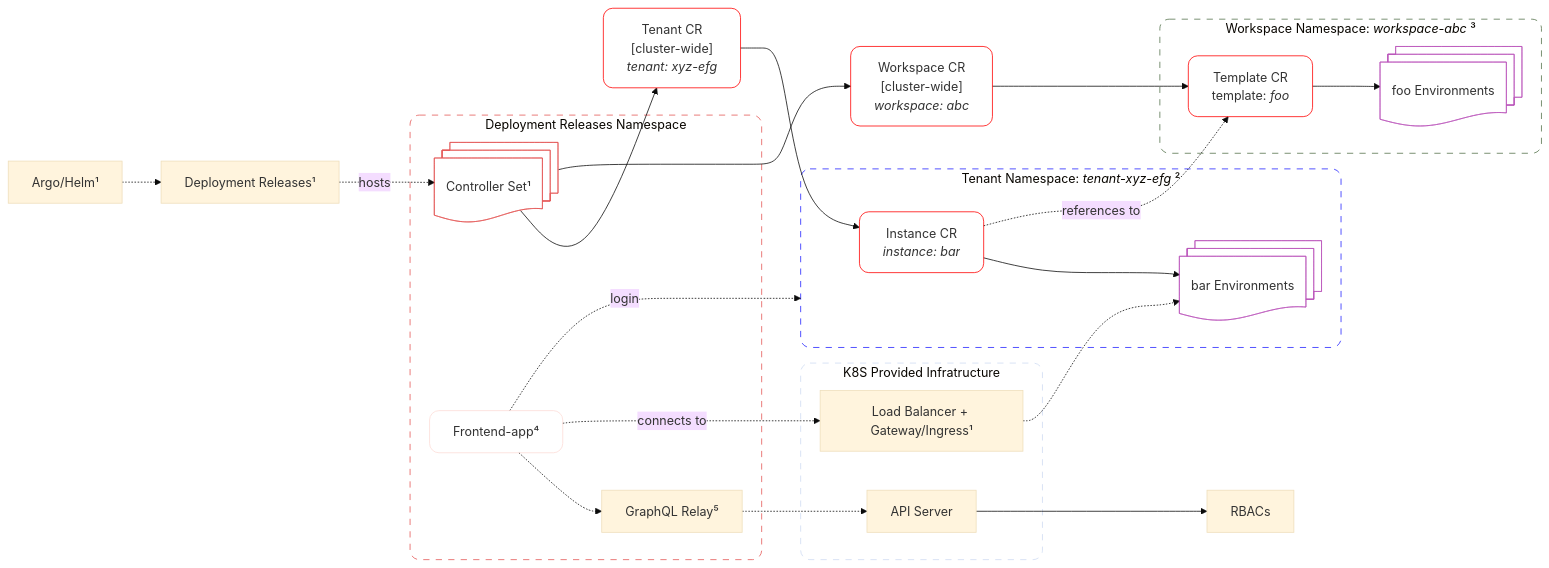
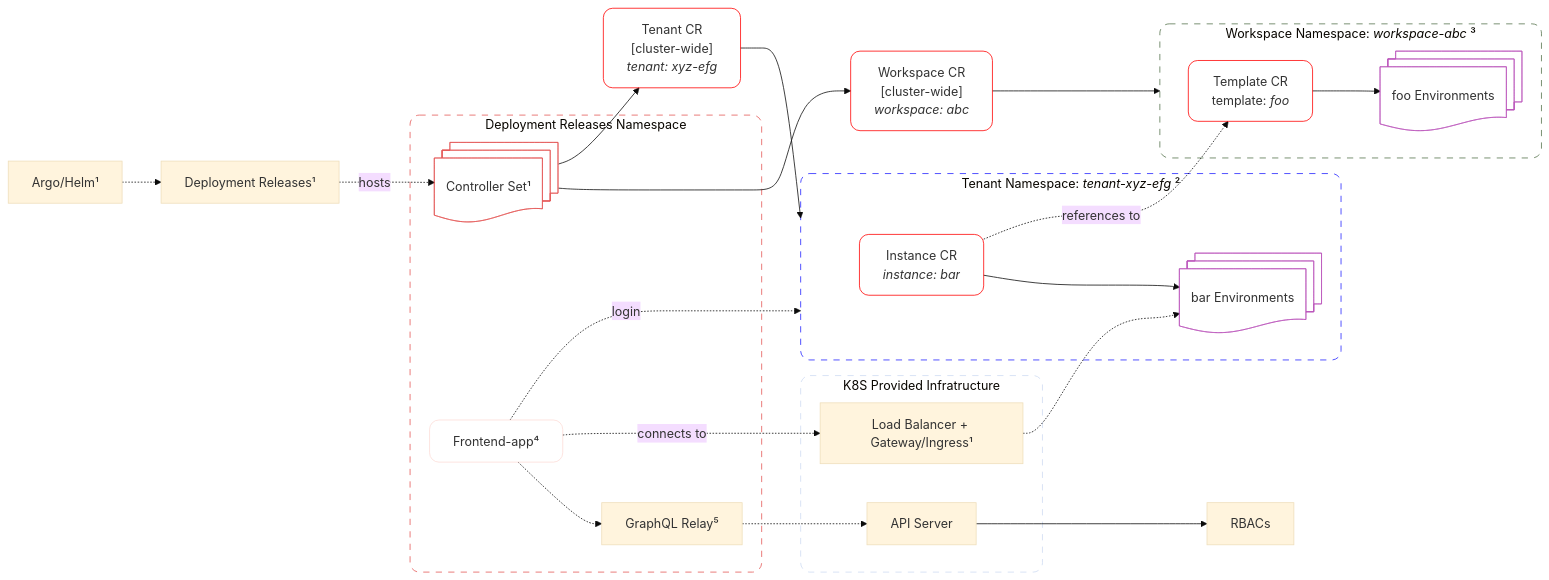
One commit to netgroup-polito/CrownLabs changed the second of 8 diagrams in BIGPICTURE.md. Above: the diagram before and after it, drawn with Mermaid (base theme). The commit also changed other lines of this file, not shown here.

Commit message:
edited tenat graph

````diff
--- a/BIGPICTURE.md
+++ b/BIGPICTURE.md
@@ -37,69 +37,69 @@
 ```mermaid
 flowchart LR
 
 Argo["Argo/Helm¹"]
 Releases["Deployment Releases¹"]
 subgraph ReleasesNS["Deployment Releases Namespace"]
     Controllers@{shape: docs, label: "Controller Set¹"}
     Frontend["Frontend-app⁴"]
     GraphQL["GraphQL Relay⁵"]
 
     Frontend .-> GraphQL
+end
+WorkspaceCR["`Workspace CR
+    [cluster-wide]
+    _workspace: abc_`"]
+Controllers --> WorkspaceCR
+subgraph WorkspaceNS["`Workspace Namespace: _workspace-abc_ ³`"]
+    TemplateCR["`Template CR
+        template: _foo_`"]
+    TemplateEnv@{shape: docs, label: "foo Environments"}
+
+    TemplateCR --> TemplateEnv
 end
 TenantCR["`Tenant CR
     [cluster-wide]
     _tenant: xyz-efg_`"]
 Controllers --> TenantCR
 subgraph TenantNS["`Tenant Namespace: _tenant-xyz-efg_ ²`"]
     InstanceCR["`Instance CR
         _instance: bar_`"]
     InstanceEnv@{shape: docs, label: "bar Environments"}
 
     InstanceCR --> InstanceEnv
 end
 subgraph K8S["K8S Provided Infratructure"]
     APIServer["API Server"]
     GWAPI["Load Balancer + Gateway/Ingress¹"]
 end
 RBAC["RBACs"]
-WorkspaceCR["`Workspace CR
-    [cluster-wide]
-    _workspace: abc_`"]
-Controllers --> WorkspaceCR
-subgraph WorkspaceNS["`Workspace Namespace: _workspace-abc_ ³`"]
-    TemplateCR["`Template CR
-        template: _foo_`"]
-    TemplateEnv@{shape: docs, label: "foo Environments"}
-
-    TemplateCR --> TemplateEnv
-end
 
 Argo .-> Releases
 Releases -. hosts .-> Controllers
 Frontend -. login .-> TenantNS
 Frontend -. connects to .-> GWAPI
 GraphQL .-> APIServer
 GWAPI .-> InstanceEnv
-WorkspaceCR --> TemplateCR
+WorkspaceCR --> WorkspaceNS
 InstanceCR -. references to .-> TemplateCR
-TenantCR --> InstanceCR
+TenantCR --> TenantNS
 APIServer --> RBAC
 
 classDef GenericDashedBS fill:none,rx:12,ry:12,stroke-dasharray:8
 classDef ControllerDashedBS stroke:#E45756,rx:12,ry:12,fill:none,stroke-dasharray:8
 classDef ControllerBS stroke:#E45756,rx:12,ry:12,fill:none
 classDef WorkspaceDashedBS stroke:#54724B,rx:12,ry:12,fill:none,stroke-dasharray:8
 classDef CustomResourceBS stroke:#FF0000,rx:12,ry:12,fill:none
 classDef TenantDashedBS stroke:#2222FF,rx:12,ry:12,fill:none,stroke-dasharray:8
 classDef InstanceBS stroke:#BB55BB,rx:12,ry:12,fill:none
 classDef FrontendBS stroke:#FDDCD7,rx:12,ry:12,fill:none
 
 class K8S GenericDashedBS
 class ReleasesNS ControllerDashedBS
 class Controllers ControllerBS
 class WorkspaceCR,TenantCR,InstanceCR,TemplateCR CustomResourceBS
 class WorkspaceNS WorkspaceDashedBS
 class TenantNS TenantDashedBS
 class InstanceEnv,TemplateEnv InstanceBS
 class Frontend FrontendBS
 ```
````
